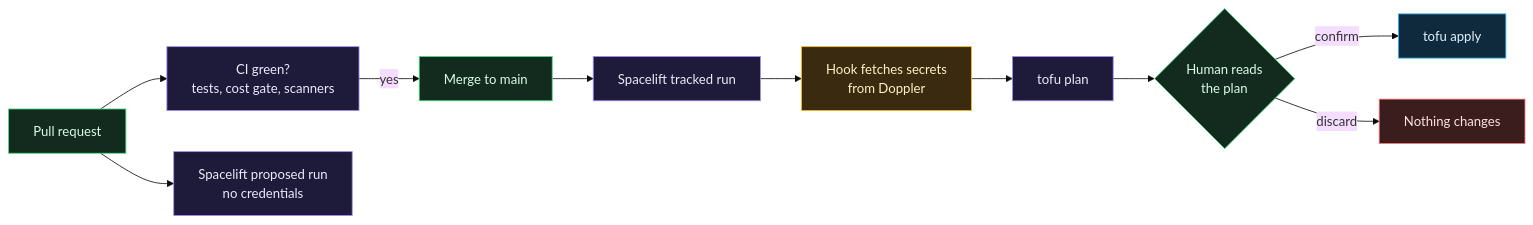
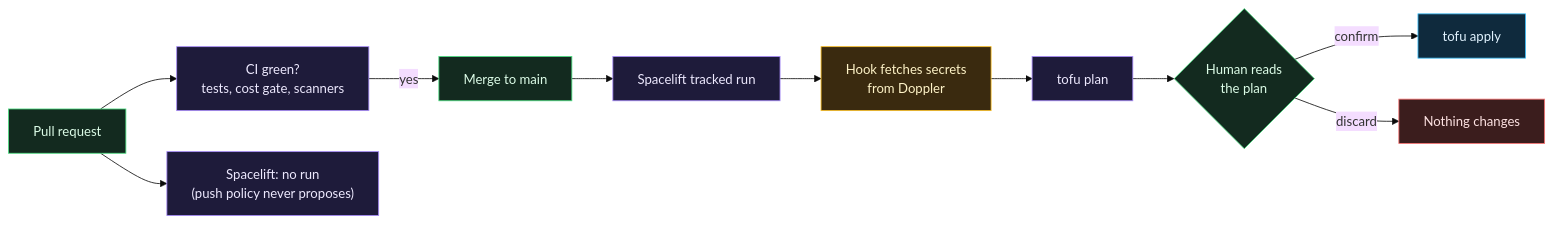
The second of 4 diagrams in docs/wiki/Architecture-Overview.md (ChiefGyk3D/Clouds-Against-Humanity), drawn with Mermaid (base theme) before and after one commit. The commit also changed other lines of this file and 18 other files, not shown here.

First line of the commit message:
Spacelift push policy, CI onto git-your-ship-together only, wiki by workflow

````diff
--- a/docs/wiki/Architecture-Overview.md
+++ b/docs/wiki/Architecture-Overview.md
@@ -84,18 +84,18 @@
 ```mermaid
 flowchart LR
     pr["Pull request"]:::you --> ci["CI green?<br/>tests, cost gate, scanners"]:::ctrl
-    pr --> prop["Spacelift proposed run<br/>no credentials"]:::ctrl
+    pr --> prop["Spacelift: no run<br/>(push policy never proposes)"]:::ctrl
     ci -- "yes" --> merge["Merge to main"]:::you
     merge --> tracked["Spacelift tracked run"]:::ctrl
     tracked --> hook["Hook fetches secrets<br/>from Doppler"]:::secret
     hook --> plan["tofu plan"]:::ctrl
     plan --> human{"Human reads<br/>the plan"}:::you
     human -- "confirm" --> apply["tofu apply"]:::cloud
     human -- "discard" --> stop["Nothing changes"]:::ext
 
     classDef you fill:#132a1f,stroke:#4ade80,color:#dcfce7
     classDef ext fill:#3b1d1d,stroke:#f87171,color:#fde2e2
     classDef ctrl fill:#1e1b3a,stroke:#a78bfa,color:#ede9fe
     classDef cloud fill:#0f2a3d,stroke:#38bdf8,color:#e0f2fe
     classDef secret fill:#3a2a0f,stroke:#fbbf24,color:#fef3c7
 ```
````
